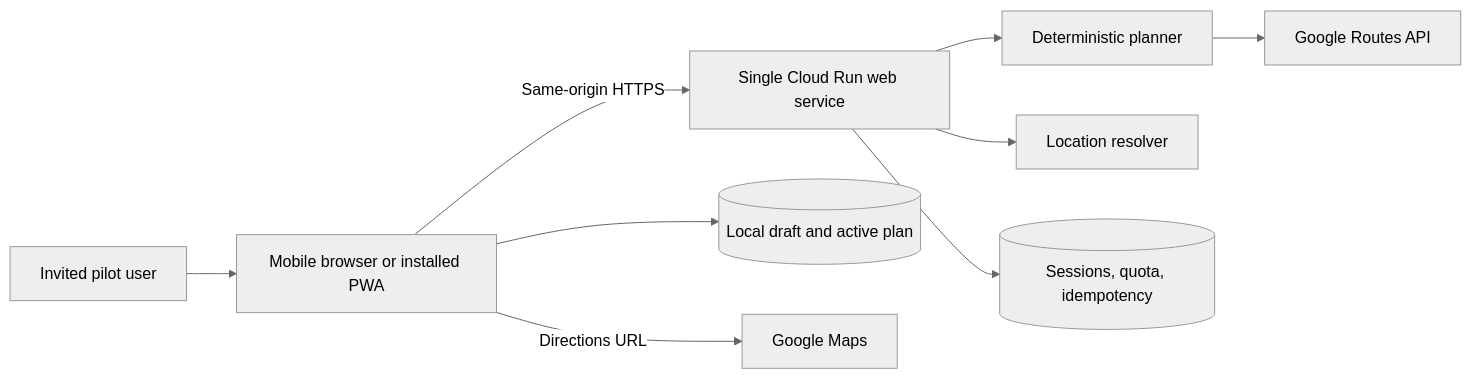
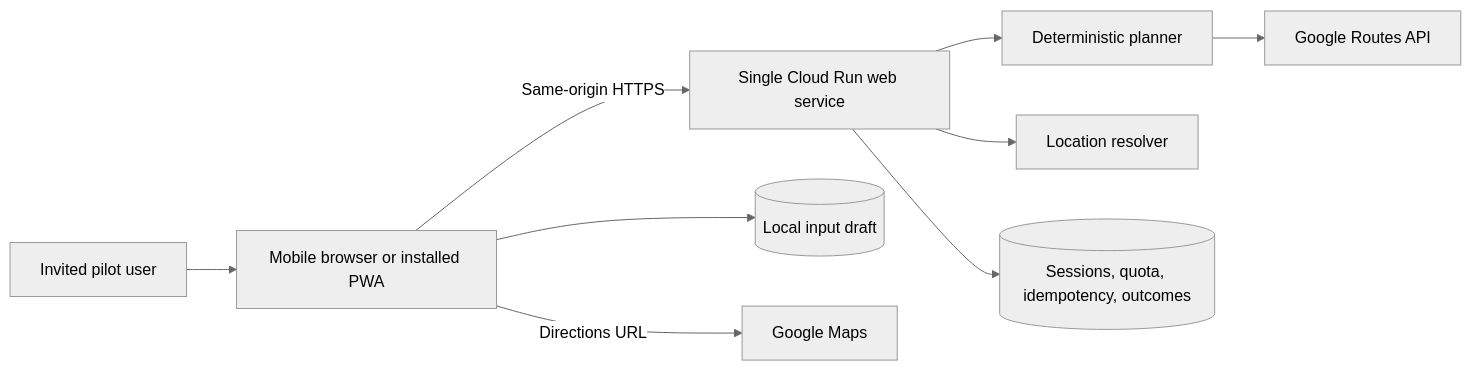
The first of 3 diagrams in docs/web-architecture.md (UM-NLP/whenshouldgo), drawn with Mermaid (neutral theme) before and after one commit. The commit also changed other lines of this file and 9 other files, not shown here.

````diff
--- a/docs/web-architecture.md
+++ b/docs/web-architecture.md
@@ -22,21 +22,21 @@
 ```mermaid
 flowchart LR
     User[Invited pilot user]
     Browser[Mobile browser or installed PWA]
     Service[Single Cloud Run web service]
     Planner[Deterministic planner]
     Routes[Google Routes API]
     Geocode[Location resolver]
-    Firestore[(Sessions, quota, idempotency)]
-    IndexedDB[(Local draft and active plan)]
+    Firestore[(Sessions, quota, idempotency, outcomes)]
+    IndexedDB[(Local input draft)]
     Maps[Google Maps]
 
     User --> Browser
     Browser -->|Same-origin HTTPS| Service
     Browser --> IndexedDB
     Service --> Planner
     Planner --> Routes
     Service --> Geocode
     Service --> Firestore
     Browser -->|Directions URL| Maps
 ```
````
